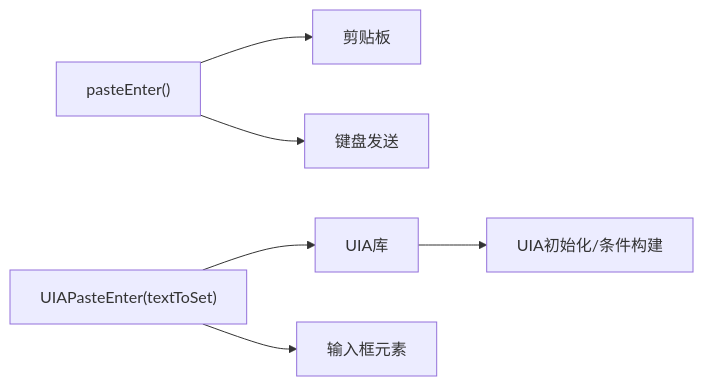
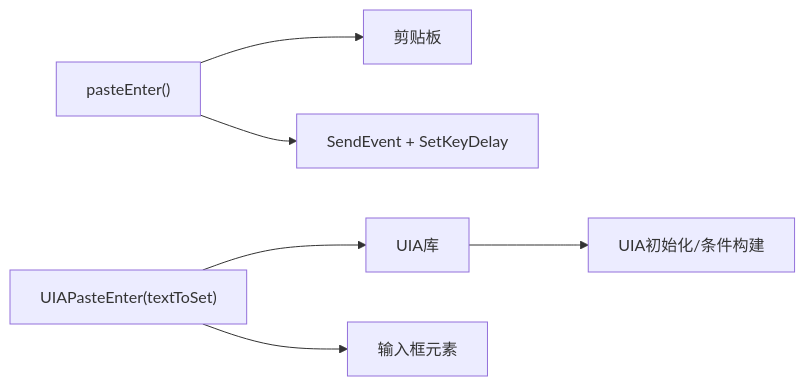
The fifth of 5 diagrams in .qoder/repowiki/zh/content/API参考/核心函数API/有道词典集成函数.md (wangys-123doit/hotkey), drawn with Mermaid before and after one commit. The commit also changed other lines of this file and 9 other files, not shown here.

````diff
--- a/.qoder/repowiki/zh/content/API参考/核心函数API/有道词典集成函数.md
+++ b/.qoder/repowiki/zh/content/API参考/核心函数API/有道词典集成函数.md
@@ -208,8 +244,8 @@
 ```mermaid
 graph LR
 PasteEnter["pasteEnter()"] --> Clipboard["剪贴板"]
-PasteEnter --> Send["键盘发送"]
+PasteEnter --> SendEvent["SendEvent + SetKeyDelay"]
 UIAEnter["UIAPasteEnter(textToSet)"] --> UIA["UIA库"]
 UIAEnter --> Elem["输入框元素"]
 UIA --> UIAInit["UIA初始化/条件构建"]
 ```
````
